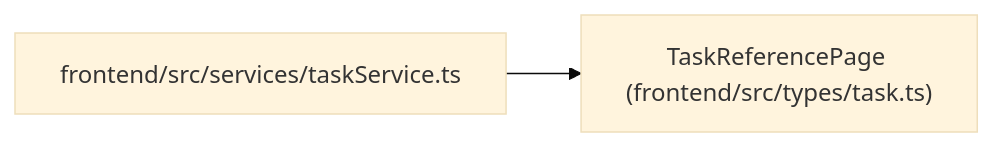
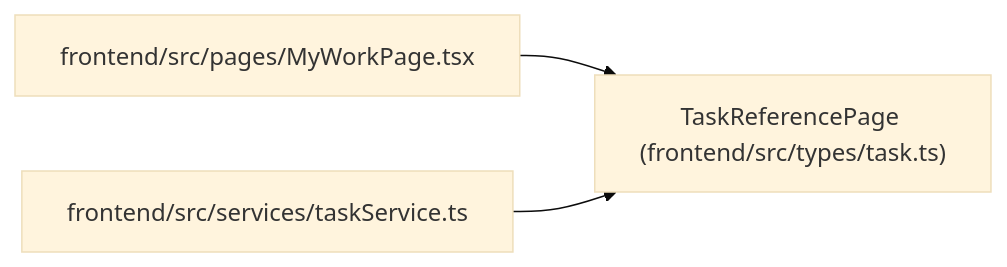
One commit to Denissvgn/WorkChord changed the diagram in docs/llm_wiki/entities/types_task_TaskReferencePage.md. Above: the diagram before and after it, drawn with Mermaid (base theme). The commit also changed other lines of this file and 1888 other files, not shown here.

````diff
--- a/docs/llm_wiki/entities/types_task_TaskReferencePage.md
+++ b/docs/llm_wiki/entities/types_task_TaskReferencePage.md
@@ -28,8 +28,11 @@
 ```mermaid
 flowchart LR
     n0["TaskReferencePage (frontend/src/types/task.ts)"]
-    n1["frontend/src/services/taskService.ts"]
+    n1["frontend/src/pages/MyWorkPage.tsx"]
+    n2["frontend/src/services/taskService.ts"]
     n1 --> n0
+    n2 --> n0
     click n0 "../modules/types_task.md"
-    click n1 "../modules/taskService.md"
+    click n1 "../modules/MyWorkPage.md"
+    click n2 "../modules/taskService.md"
 ```
````
